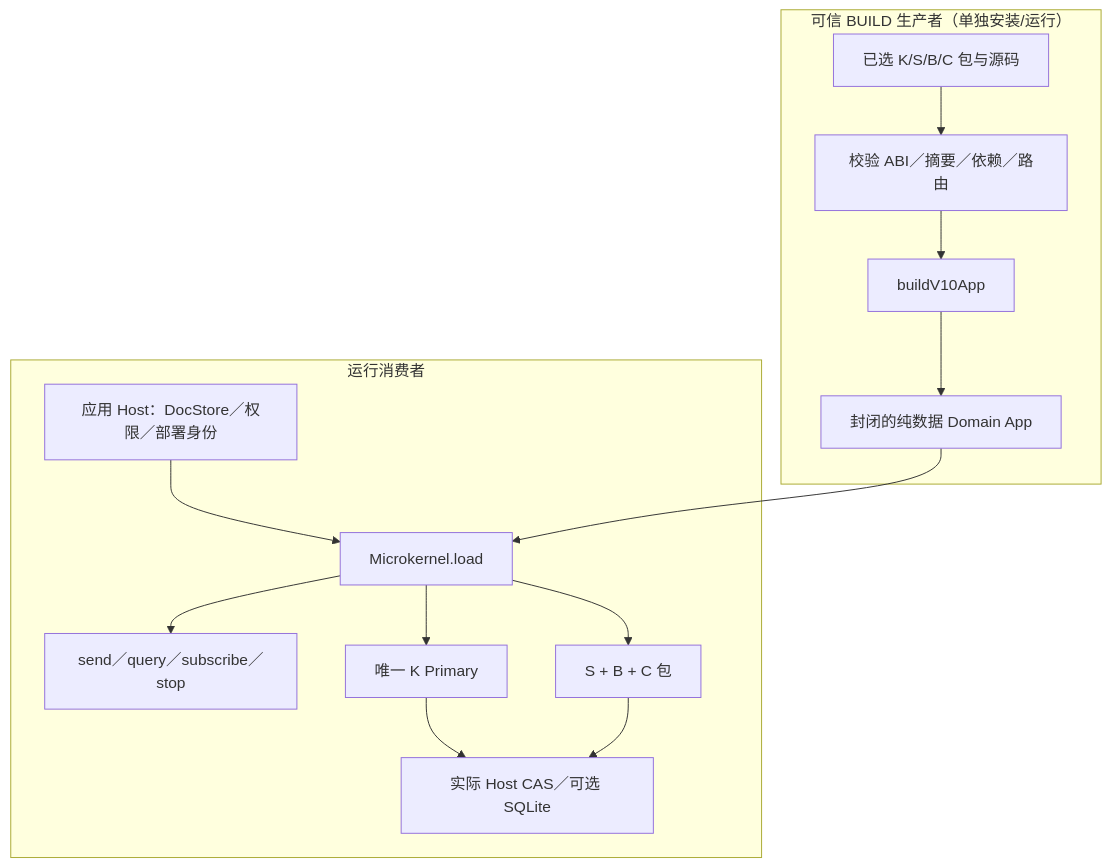
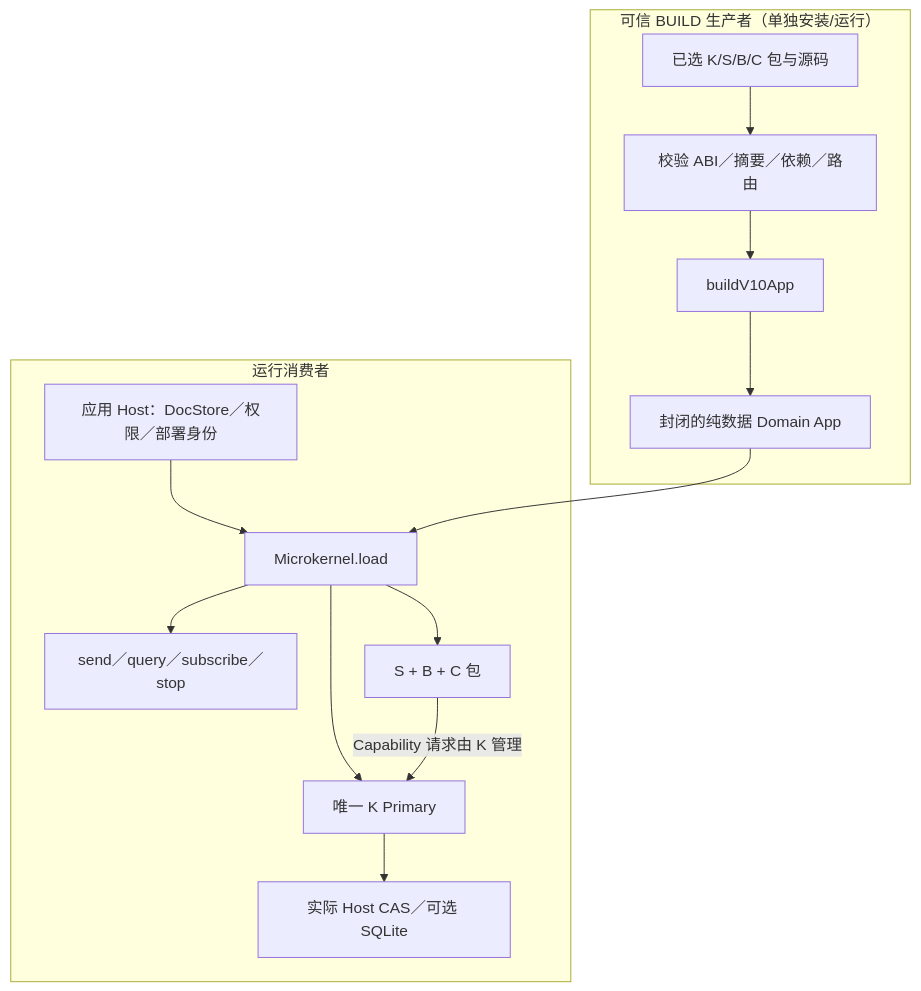
One commit to kaicreator-mm/domain-harness changed the first of 3 diagrams in docs/current/zh-CN/architecture.md. Above: the diagram before and after it, drawn with Mermaid. The commit also changed other lines of this file and 2 other files, not shown here.

Commit message:
docs: make bilingual validator Windows-portable and clarify Kernel-governed Host diagram edges

````diff
--- a/docs/current/zh-CN/architecture.md
+++ b/docs/current/zh-CN/architecture.md
@@ -9,17 +9,17 @@
 ```mermaid
 flowchart TB
   subgraph P["可信 BUILD 生产者（单独安装/运行）"]
     A["已选 K/S/B/C 包与源码"] --> B["校验 ABI／摘要／依赖／路由"]
     B --> C["buildV10App"]
     C --> D["封闭的纯数据 Domain App"]
   end
   subgraph R["运行消费者"]
     U["应用 Host：DocStore／权限／部署身份"] --> M["Microkernel.load"]
     D --> M
     M --> F["send／query／subscribe／stop"]
     M --> K["唯一 K Primary"]
     M --> S["S + B + C 包"]
     K --> H["实际 Host CAS／可选 SQLite"]
-    S --> H
+    S -->|"Capability 请求由 K 管理"| K
   end
 ```
````
